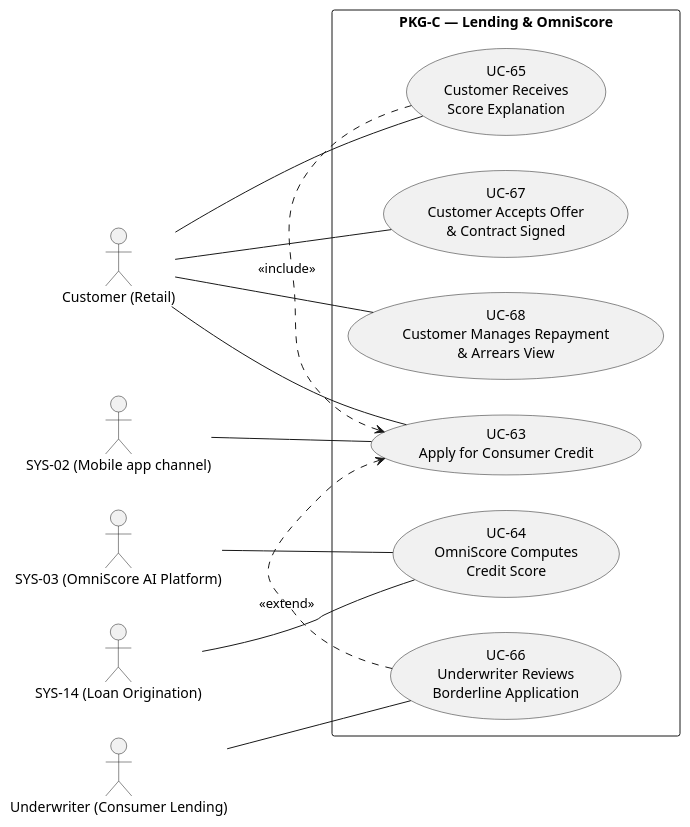
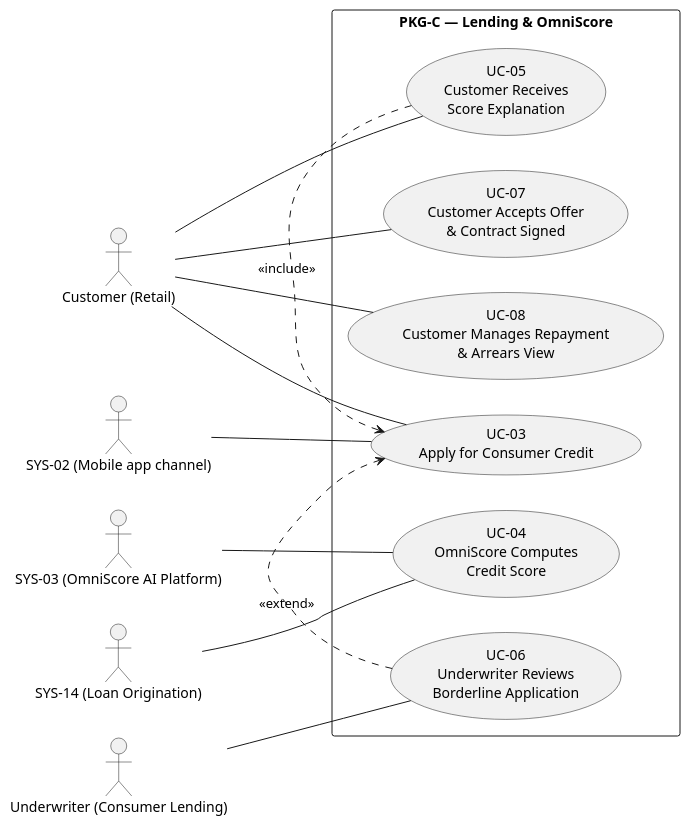
Before and after one commit to pauloribeiro16/Methodology_compact: the fourth of 8 diagrams in 02_CASES/Case_03_OmniBank_Financial/03_PHASE3_DECOMPOSITION/annexes/A_Use_Case_Diagrams.md, drawn with PlantUML. The commit also changed other lines of this file and 23 other files, not shown here.

````diff
--- a/02_CASES/Case_03_OmniBank_Financial/03_PHASE3_DECOMPOSITION/annexes/A_Use_Case_Diagrams.md
+++ b/02_CASES/Case_03_OmniBank_Financial/03_PHASE3_DECOMPOSITION/annexes/A_Use_Case_Diagrams.md
@@ -178,28 +178,28 @@
 ```plantuml
 @startuml
 left to right direction
 actor "Customer (Retail)" as CUST
 actor "SYS-02 (Mobile app channel)" as SYS02
 actor "SYS-03 (OmniScore AI Platform)" as SYS03
 actor "SYS-14 (Loan Origination)" as SYS14
 actor "Underwriter (Consumer Lending)" as UND
 rectangle "PKG-C — Lending & OmniScore" {
-usecase "UC-63\nApply for Consumer Credit" as UC63
-usecase "UC-64\nOmniScore Computes\nCredit Score" as UC64
-usecase "UC-65\nCustomer Receives\nScore Explanation" as UC65
-usecase "UC-66\nUnderwriter Reviews\nBorderline Application" as UC66
-usecase "UC-67\nCustomer Accepts Offer\n& Contract Signed" as UC67
-usecase "UC-68\nCustomer Manages Repayment\n& Arrears View" as UC68
+usecase "UC-03\nApply for Consumer Credit" as UC63
+usecase "UC-04\nOmniScore Computes\nCredit Score" as UC64
+usecase "UC-05\nCustomer Receives\nScore Explanation" as UC65
+usecase "UC-06\nUnderwriter Reviews\nBorderline Application" as UC66
+usecase "UC-07\nCustomer Accepts Offer\n& Contract Signed" as UC67
+usecase "UC-08\nCustomer Manages Repayment\n& Arrears View" as UC68
 }
 CUST -- UC63
 CUST -- UC65
 CUST -- UC67
 CUST -- UC68
 SYS03 -- UC64
 SYS14 -- UC64
 SYS02 -- UC63
 UND -- UC66
 UC65 .> UC63 : <<include>>
 UC66 .> UC63 : <<extend>>
 @enduml
 ```
````
